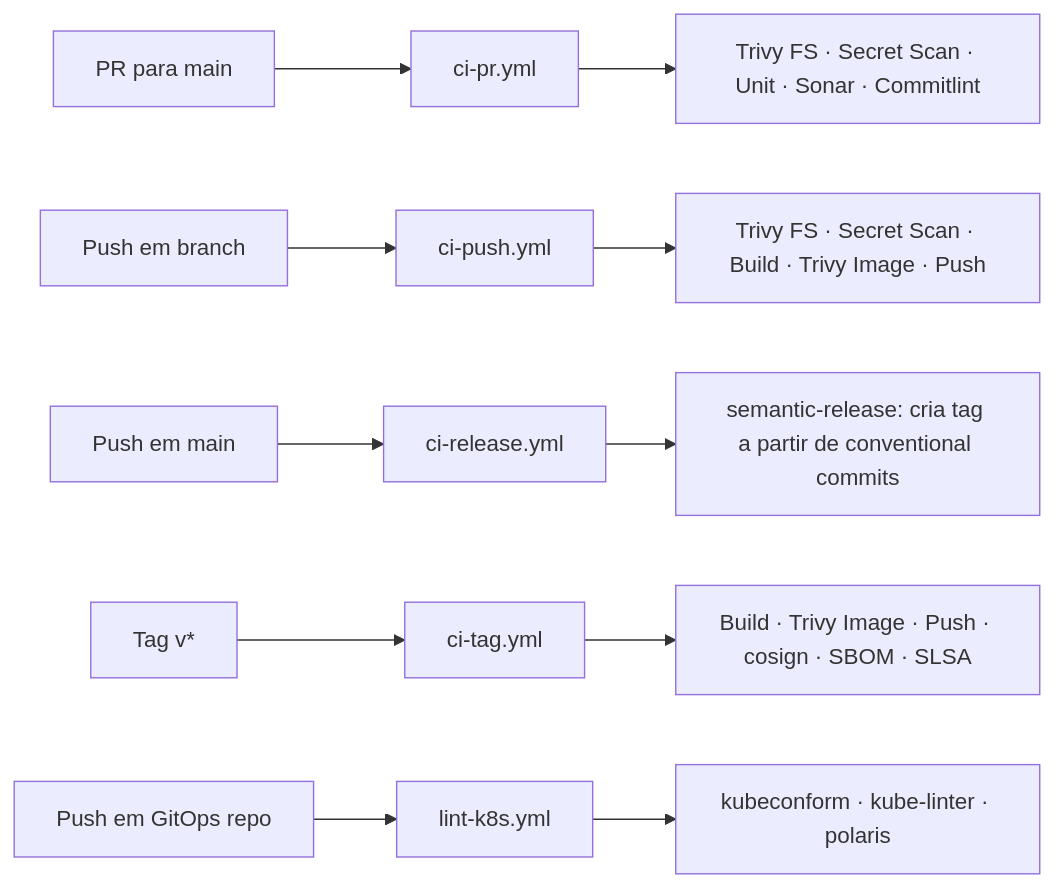
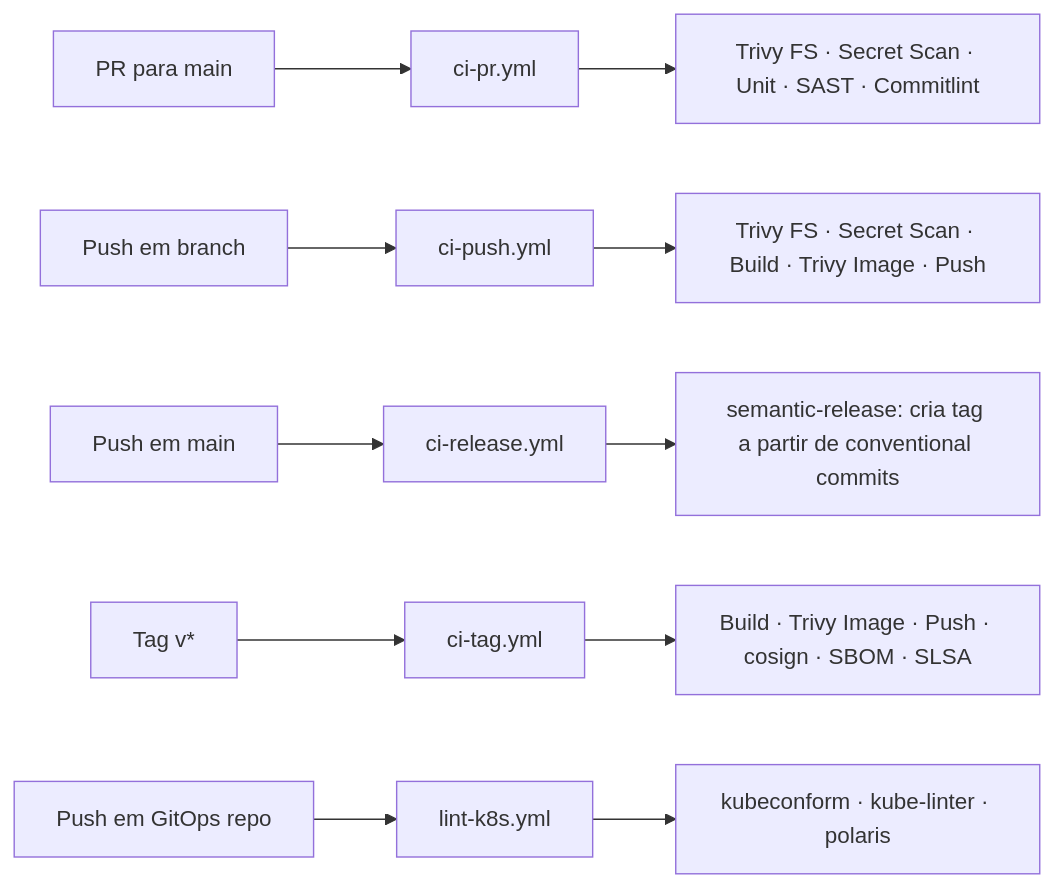
Before and after one commit to TourinhoM/org-ci-platform: the second of 4 diagrams in ARCHITECTURE.md, drawn with Mermaid. The commit also changed 14 other files, not shown here.

````diff
--- a/ARCHITECTURE.md
+++ b/ARCHITECTURE.md
@@ -49,14 +49,14 @@
 ```mermaid
 flowchart LR
     PR[PR para main] --> ci_pr[ci-pr.yml]
     Push[Push em branch] --> ci_push[ci-push.yml]
     Main[Push em main] --> ci_release[ci-release.yml]
     Tag[Tag v*] --> ci_tag[ci-tag.yml]
     K8sPush[Push em GitOps repo] --> lint_k8s[lint-k8s.yml]
 
-    ci_pr --> AppCI["Trivy FS · Secret Scan · Unit · Sonar · Commitlint"]
+    ci_pr --> AppCI["Trivy FS · Secret Scan · Unit · SAST · Commitlint"]
     ci_push --> AppPush["Trivy FS · Secret Scan · Build · Trivy Image · Push"]
     ci_release --> Sem["semantic-release: cria tag a partir de conventional commits"]
     ci_tag --> AppTag["Build · Trivy Image · Push · cosign · SBOM · SLSA"]
     lint_k8s --> Lint3["kubeconform · kube-linter · polaris"]
 ```
````
